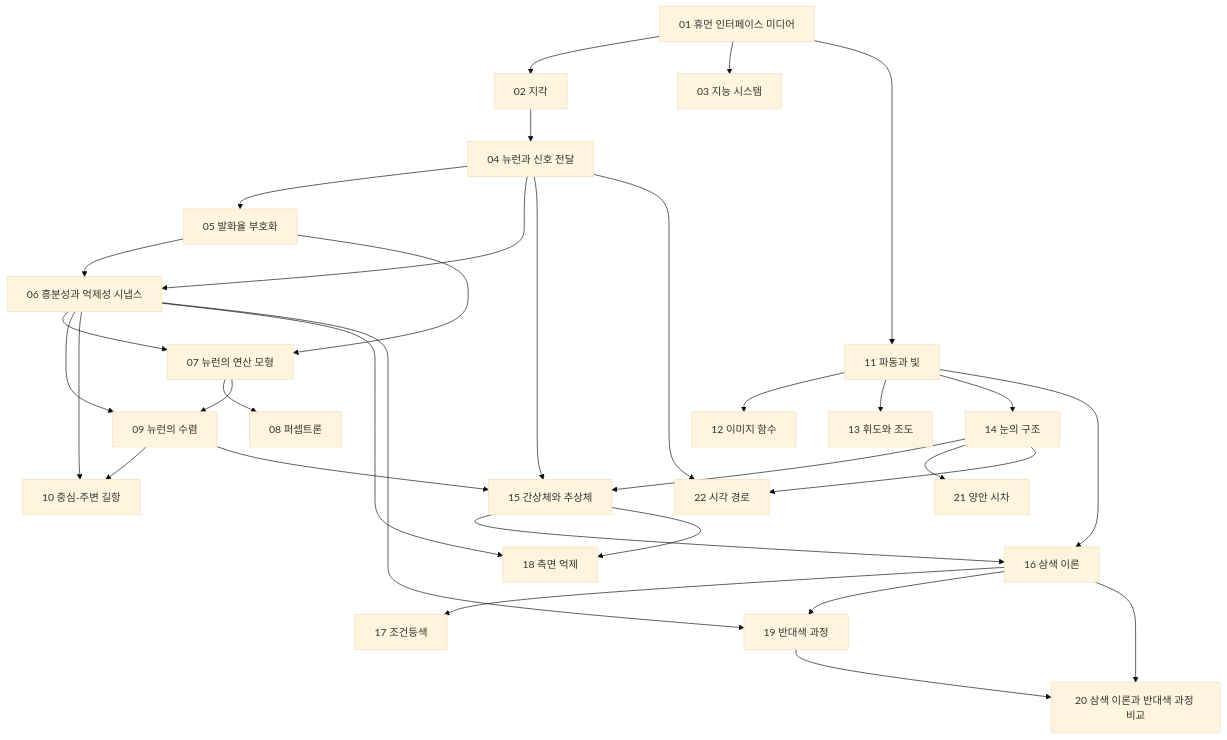
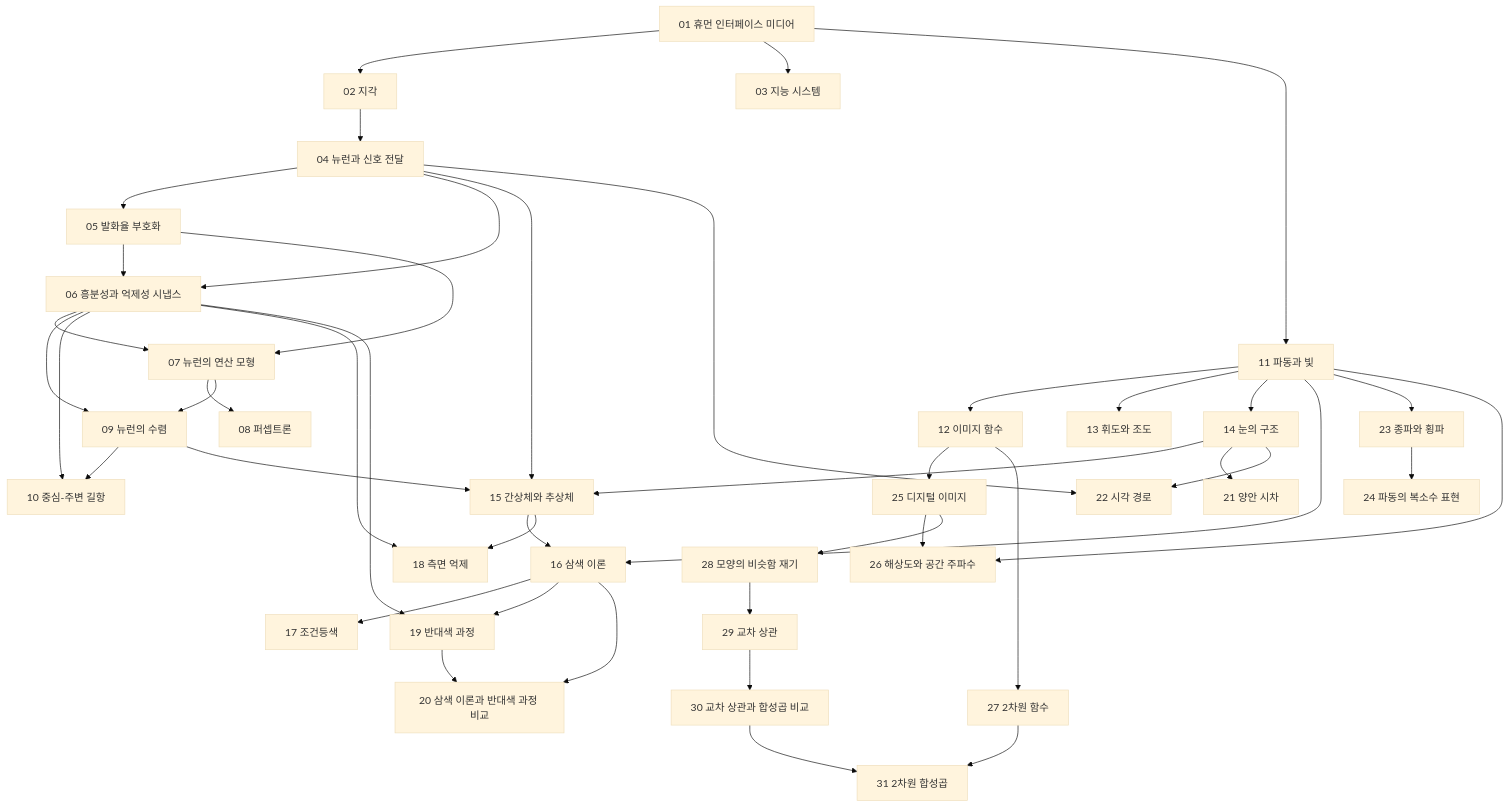
One commit to Hong-Iron/Hongs_Blog changed the diagram in _notes/human-interface-media/index.md. Above: the diagram before and after it, drawn with Mermaid (base theme). The commit also changed other lines of this file and 65 other files, not shown here.

````diff
--- a/_notes/human-interface-media/index.md
+++ b/_notes/human-interface-media/index.md
@@ -108,57 +178,77 @@
 ```mermaid
 graph TD
   n01["01 휴먼 인터페이스 미디어"]
   n02["02 지각"]
   n03["03 지능 시스템"]
   n04["04 뉴런과 신호 전달"]
   n05["05 발화율 부호화"]
   n06["06 흥분성과 억제성 시냅스"]
   n07["07 뉴런의 연산 모형"]
   n08["08 퍼셉트론"]
   n09["09 뉴런의 수렴"]
   n10["10 중심-주변 길항"]
   n11["11 파동과 빛"]
   n12["12 이미지 함수"]
   n13["13 휘도와 조도"]
   n14["14 눈의 구조"]
   n15["15 간상체와 추상체"]
   n16["16 삼색 이론"]
   n17["17 조건등색"]
   n18["18 측면 억제"]
   n19["19 반대색 과정"]
   n20["20 삼색 이론과 반대색 과정 비교"]
   n21["21 양안 시차"]
   n22["22 시각 경로"]
+  n23["23 종파와 횡파"]
+  n24["24 파동의 복소수 표현"]
+  n25["25 디지털 이미지"]
+  n26["26 해상도와 공간 주파수"]
+  n27["27 2차원 함수"]
+  n28["28 모양의 비슷함 재기"]
+  n29["29 교차 상관"]
+  n30["30 교차 상관과 합성곱 비교"]
+  n31["31 2차원 합성곱"]
   n01 --> n02
   n01 --> n03
   n02 --> n04
   n04 --> n05
   n04 --> n06
   n05 --> n06
   n05 --> n07
   n06 --> n07
   n07 --> n08
   n06 --> n09
   n07 --> n09
   n06 --> n10
   n09 --> n10
   n01 --> n11
   n11 --> n12
   n11 --> n13
   n11 --> n14
   n14 --> n15
   n04 --> n15
   n09 --> n15
   n15 --> n16
   n11 --> n16
   n16 --> n17
   n06 --> n18
   n15 --> n18
   n16 --> n19
   n06 --> n19
   n16 --> n20
   n19 --> n20
   n14 --> n21
   n14 --> n22
   n04 --> n22
+  n11 --> n23
+  n23 --> n24
+  n12 --> n25
+  n25 --> n26
+  n11 --> n26
+  n12 --> n27
+  n25 --> n28
+  n28 --> n29
+  n29 --> n30
+  n27 --> n31
+  n30 --> n31
 ```
````
